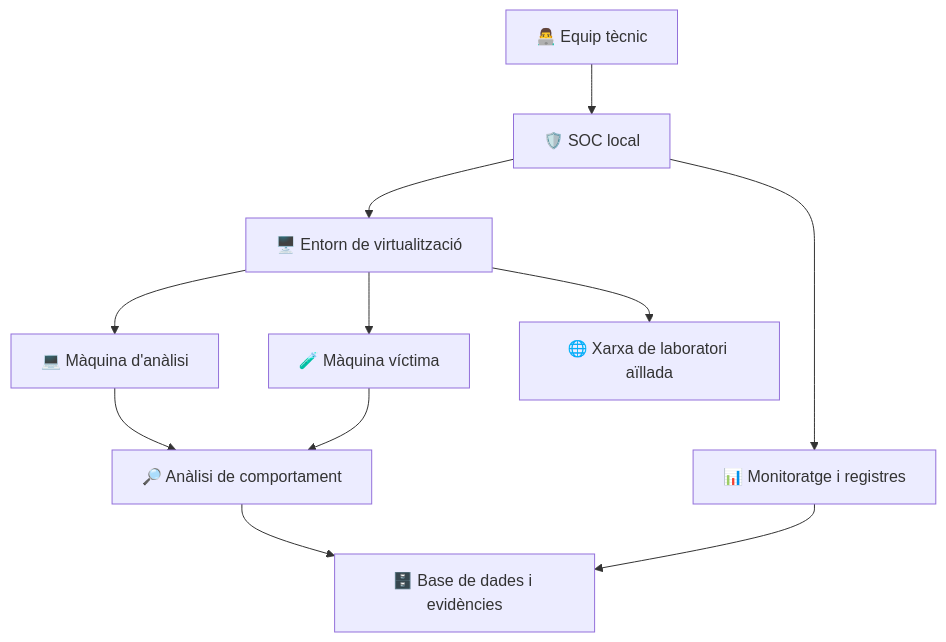
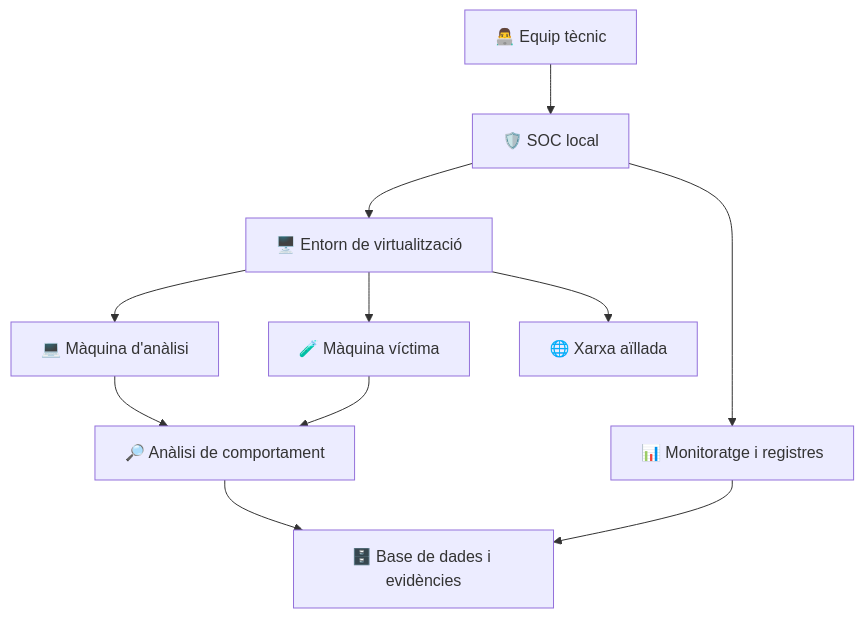
One commit to edugordo/CASIX2627 changed the diagram in Proyecto1/README.md. Above: the diagram before and after it, drawn with Mermaid. The commit also changed other lines of this file, not shown here.

````diff
--- a/Proyecto1/README.md
+++ b/Proyecto1/README.md
@@ -123,13 +131,13 @@
 ```mermaid
 flowchart TB
     A["👨‍💻 Equip tècnic"] --> B["🛡️ SOC local"]
     B --> C["📊 Monitoratge i registres"]
     B --> D["🖥️ Entorn de virtualització"]
     D --> E["💻 Màquina d'anàlisi"]
     D --> F["🧪 Màquina víctima"]
-    D --> G["🌐 Xarxa de laboratori aïllada"]
+    D --> G["🌐 Xarxa aïllada"]
     E --> H["🔎 Anàlisi de comportament"]
     F --> H
     H --> I["🗄️ Base de dades i evidències"]
     C --> I
 ```
````
